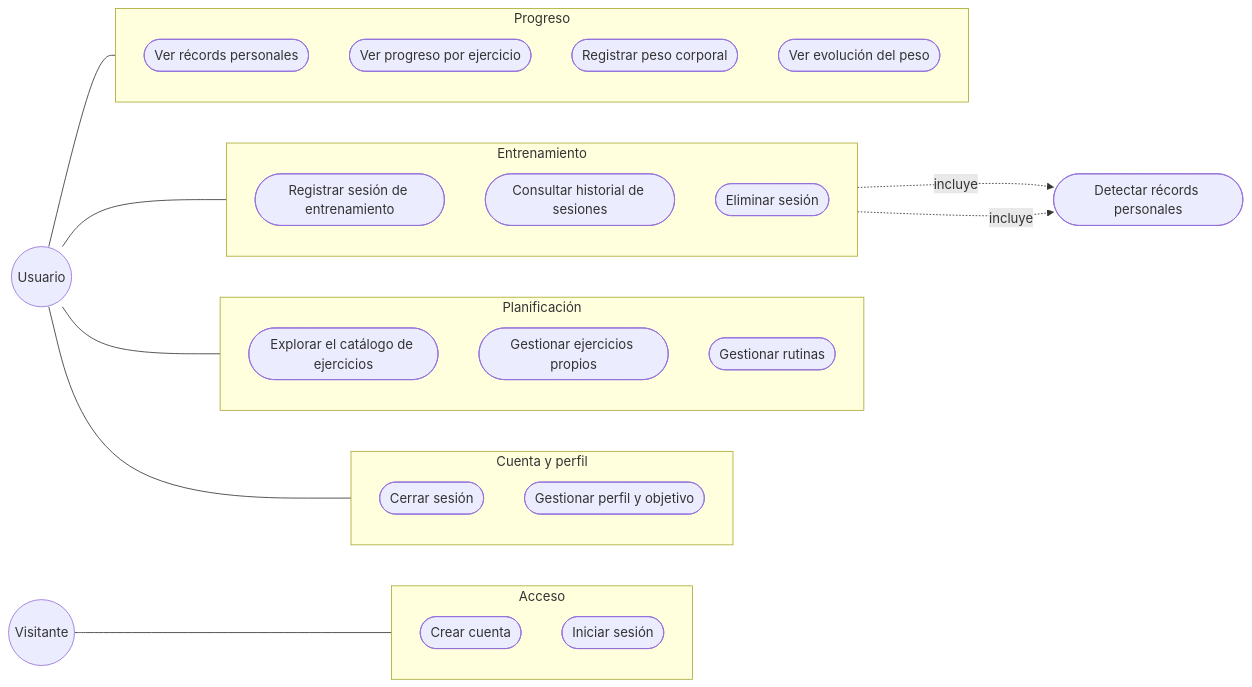
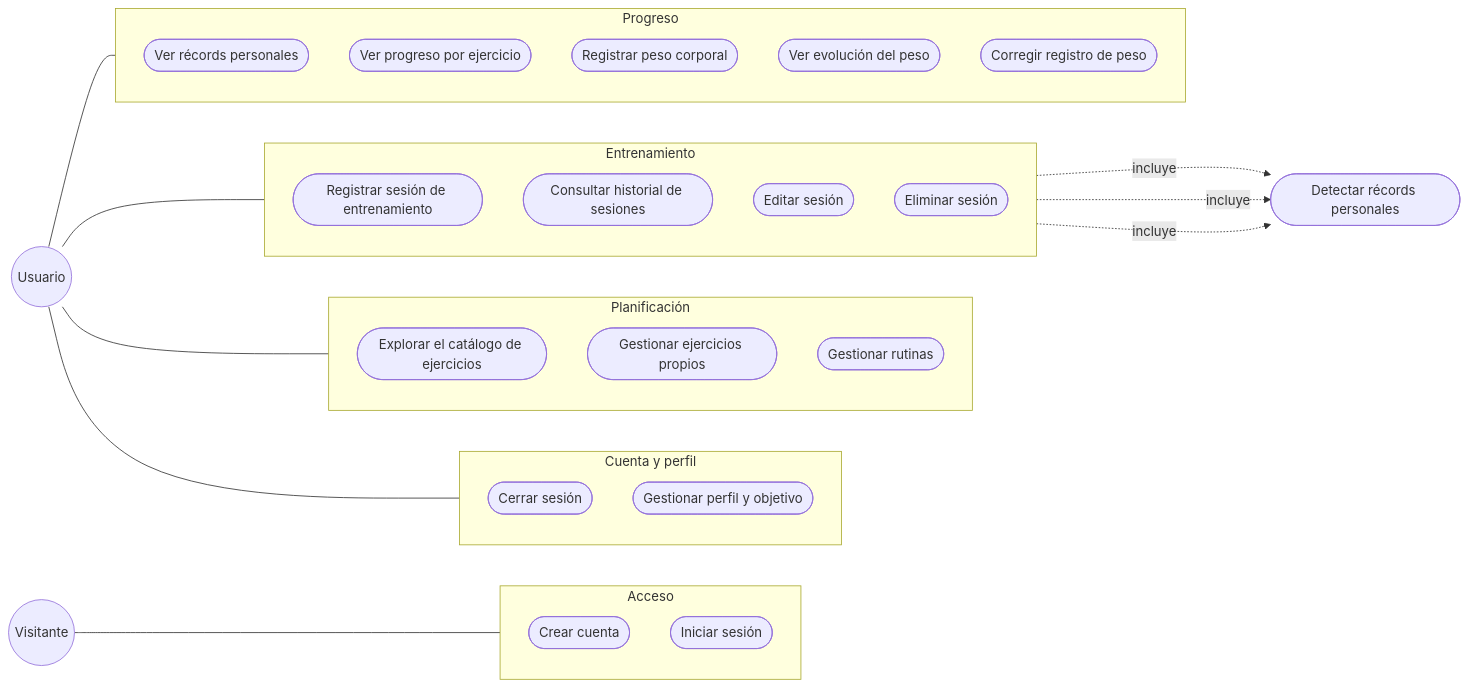
The diagram in docs/HISTORIAS.md (rancesra/gymrutine), drawn with Mermaid before and after one commit. The commit also changed other lines of this file and 17 other files, not shown here.

````diff
--- a/docs/HISTORIAS.md
+++ b/docs/HISTORIAS.md
@@ -16,44 +18,47 @@
 ```mermaid
 flowchart LR
     V(("Visitante"))
     U(("Usuario"))
 
     subgraph G1["Acceso"]
         direction TB
         CU1([Crear cuenta])
         CU2([Iniciar sesión])
     end
     subgraph G2["Cuenta y perfil"]
         direction TB
         CU3([Cerrar sesión])
         CU4([Gestionar perfil y objetivo])
     end
     subgraph G3["Planificación"]
         direction TB
         CU5([Explorar el catálogo de ejercicios])
         CU6([Gestionar ejercicios propios])
         CU7([Gestionar rutinas])
     end
     subgraph G4["Entrenamiento"]
         direction TB
         CU8([Registrar sesión de entrenamiento])
         CU10([Consultar historial de sesiones])
+        CU16([Editar sesión])
         CU11([Eliminar sesión])
     end
     subgraph G5["Progreso"]
         direction TB
         CU12([Ver récords personales])
         CU13([Ver progreso por ejercicio])
         CU14([Registrar peso corporal])
         CU15([Ver evolución del peso])
+        CU17([Corregir registro de peso])
     end
     CU9([Detectar récords personales])
 
     V --- G1
     U --- G2
     U --- G3
     U --- G4
     U --- G5
     CU8 -. incluye .-> CU9
+    CU16 -. incluye .-> CU9
     CU11 -. incluye .-> CU9
 ```
````
